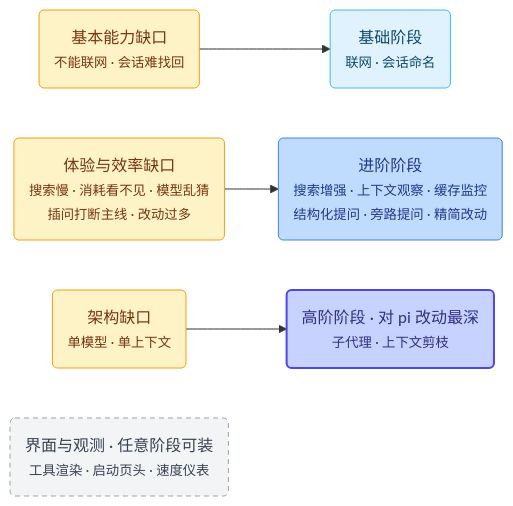
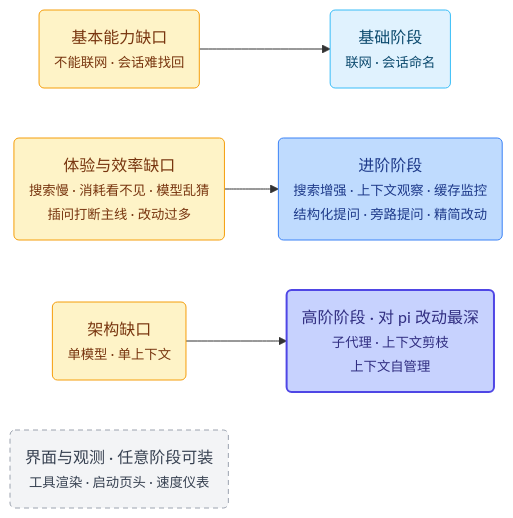
Before and after one commit to Jerry2003sky/pi-playbook: the first of 2 diagrams in docs/01-理念与路线.md, drawn with Mermaid. The commit also changed other lines of this file and 8 other files, not shown here.

````diff
--- a/docs/01-理念与路线.md
+++ b/docs/01-理念与路线.md
@@ -49,18 +49,18 @@
 ```mermaid
 flowchart LR
     G1("基本能力缺口<br/><small>不能联网 · 会话难找回</small>") --> S1("基础阶段<br/><small>联网 · 会话命名</small>")
     G2("体验与效率缺口<br/><small>搜索慢 · 消耗看不见 · 模型乱猜<br/>插问打断主线 · 改动过多</small>") --> S2("进阶阶段<br/><small>搜索增强 · 上下文观察 · 缓存监控<br/>结构化提问 · 旁路提问 · 精简改动</small>")
-    G3("架构缺口<br/><small>单模型 · 单上下文</small>") --> S3("高阶阶段 · 对 pi 改动最深<br/><small>子代理 · 上下文剪枝</small>")
+    G3("架构缺口<br/><small>单模型 · 单上下文</small>") --> S3("高阶阶段 · 对 pi 改动最深<br/><small>子代理 · 上下文剪枝<br/>上下文自管理</small>")
     UI("界面与观测 · 任意阶段可装<br/><small>工具渲染 · 启动页头 · 速度仪表</small>")
 
     classDef gap fill:#fef3c7,stroke:#f59e0b,color:#78350f
     classDef s1 fill:#e0f2fe,stroke:#38bdf8,color:#0c4a6e
     classDef s2 fill:#bfdbfe,stroke:#3b82f6,color:#1e3a8a
     classDef s3 fill:#c7d2fe,stroke:#4f46e5,stroke-width:2px,color:#312e81
     classDef side fill:#f3f4f6,stroke:#9ca3af,stroke-dasharray:5 4,color:#374151
     class G1,G2,G3 gap
     class S1 s1
     class S2 s2
     class S3 s3
     class UI side
 ```
````
